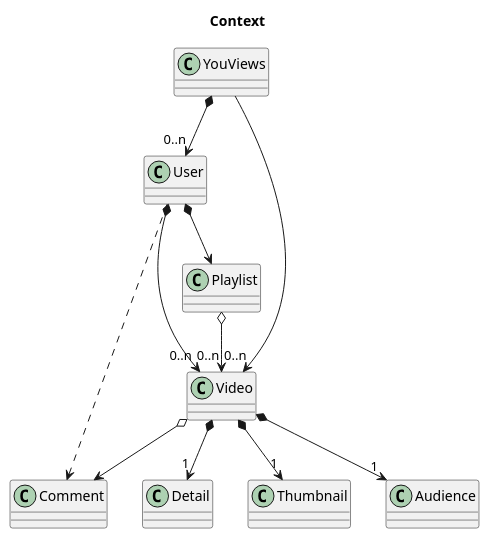
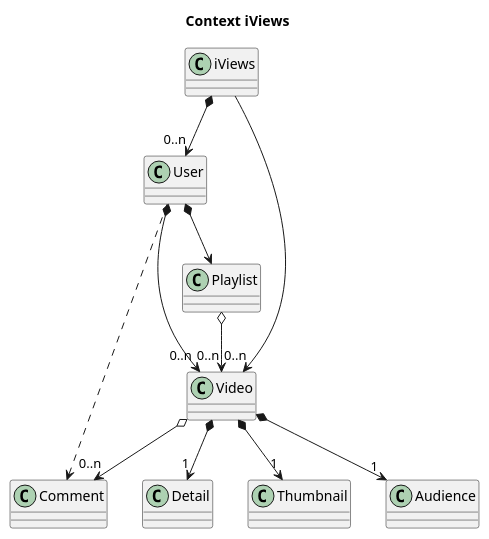
One commit to franpaulinoinfante/MasterSoftwareDevelopment changed the diagram in src/YouViews/YouViewsContext.plantuml. Above: the diagram before and after it, drawn with PlantUML. The commit also changed 29 other files, not shown here.

```diff
--- a/src/YouViews/YouViewsContext.plantuml
+++ b/src/YouViews/YouViewsContext.plantuml
@@ -1,16 +1,16 @@
 @startuml YouViewContext
-title Context
+title Context iViews
 
-YouViews *--> "0..n" User
-YouViews --> "0..n" Video
+iViews *--> "0..n" User
+iViews --> "0..n" Video
 User *--> "0..n" Video
 User ..> Comment
 User *--> Playlist
 Video *--> "1" Detail
 Video *--> "1" Thumbnail
 Video *--> "1" Audience
-Video o--> Comment
+Video o--> "0..n" Comment
 
 Playlist o--> "0..n" Video
 
 @enduml
```
